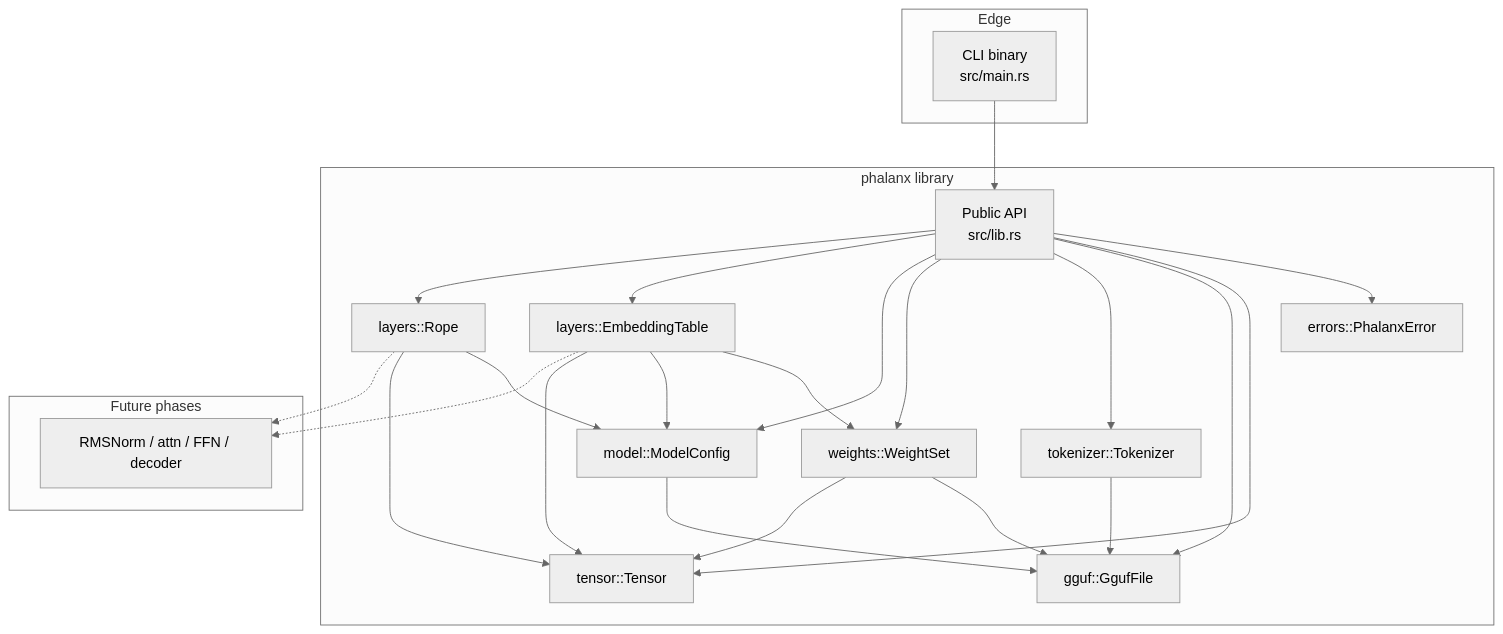
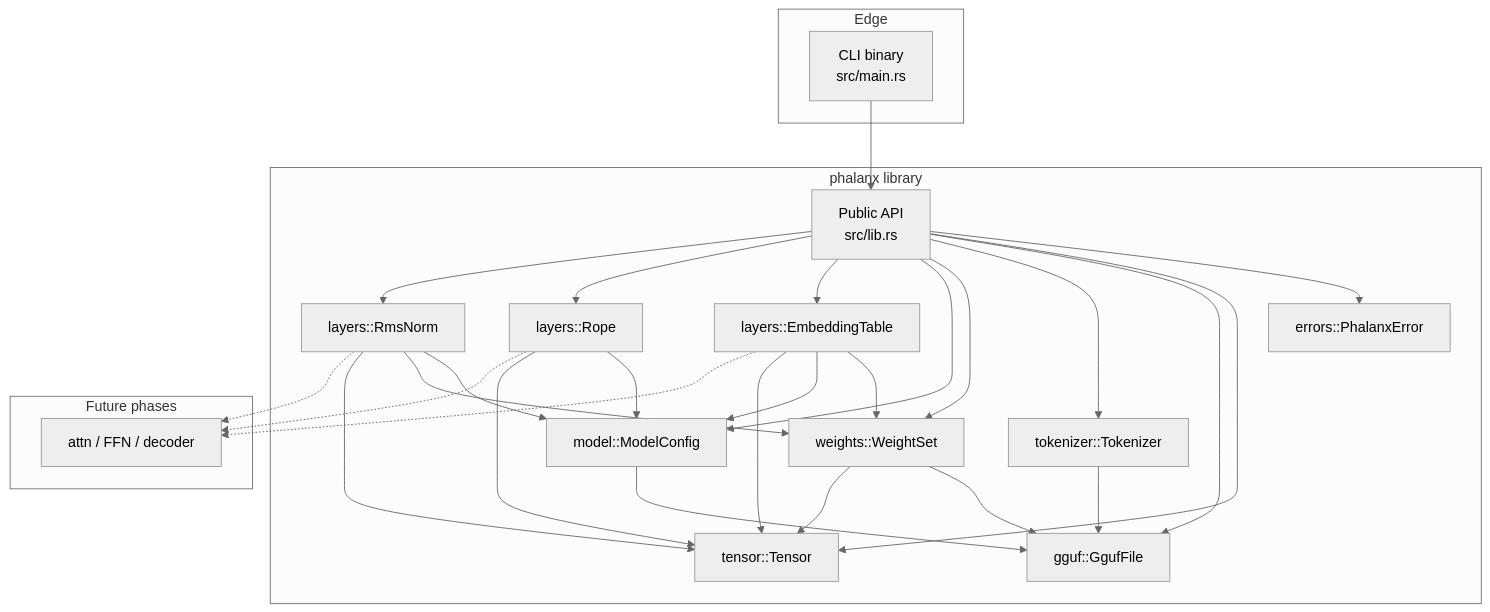
One commit to 404khai/phalanx changed the diagram in README.md. Above: the diagram before and after it, drawn with Mermaid (neutral theme). The commit also changed other lines of this file and 18 other files, not shown here.

First line of the commit message:
feat(layers): add Llama-style RMSNorm with gamma weights

````diff
--- a/README.md
+++ b/README.md
@@ -55,43 +57,49 @@
 ```mermaid
 flowchart TB
     subgraph edge [Edge]
         CLI["CLI binary<br/>src/main.rs"]
     end
 
     subgraph library [phalanx library]
         API["Public API<br/>src/lib.rs"]
         Errors["errors::PhalanxError"]
         Tensor["tensor::Tensor"]
         GGUF["gguf::GgufFile"]
         Tok["tokenizer::Tokenizer"]
         Weights["weights::WeightSet"]
         Model["model::ModelConfig"]
         Emb["layers::EmbeddingTable"]
         Rope["layers::Rope"]
+        Rms["layers::RmsNorm"]
     end
 
     subgraph future [Future phases]
-        Decoder["RMSNorm / attn / FFN / decoder"]
+        Decoder["attn / FFN / decoder"]
     end
 
     CLI --> API
     API --> Errors
     API --> Tensor
     API --> GGUF
     API --> Tok
     API --> Weights
     API --> Model
     API --> Emb
     API --> Rope
+    API --> Rms
     Tok --> GGUF
     Weights --> GGUF
     Model --> GGUF
     Emb --> Weights
     Emb --> Model
     Rope --> Model
+    Rms --> Model
+    Rms --> Weights
     Emb --> Tensor
     Rope --> Tensor
+    Rms --> Tensor
     Weights --> Tensor
     Emb -.-> Decoder
     Rope -.-> Decoder
+    Rms -.-> Decoder
 ```
````
